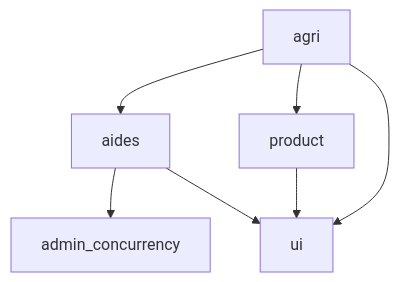
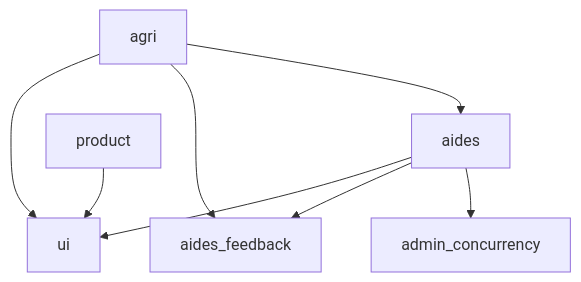
Before and after one commit to hashim21223445/aides-agri: the diagram in README.md, drawn with Mermaid. The commit also changed other lines of this file and 51 other files, not shown here.

````diff
--- a/README.md
+++ b/README.md
@@ -90,9 +92,10 @@
 ```mermaid
 graph TD;
     agri-->aides;
-    agri-->product;
+    agri-->aides_feedback;
     agri-->ui;
     aides-->admin_concurrency;
+    aides-->aides_feedback;
     aides-->ui;
     product-->ui;
 ```
````
